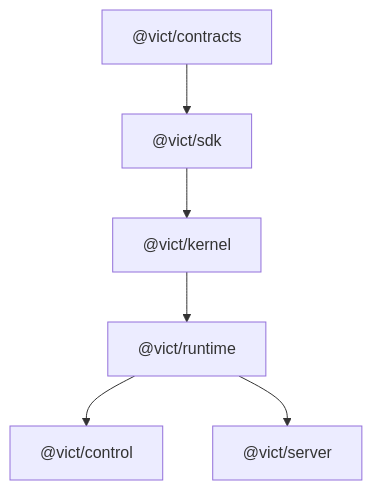
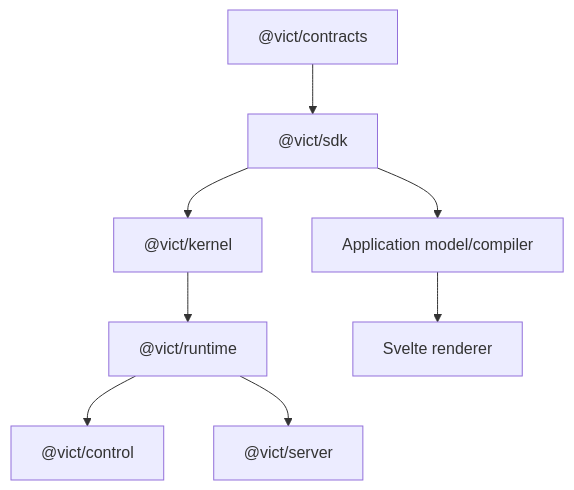
Before and after one commit to radz2291/vict-02: the third of 8 diagrams in docs/VICT-SYSTEM-REFERENCE.md, drawn with Mermaid. The commit also changed other lines of this file and 4 other files, not shown here.

First line of the commit message:
docs(architecture): accept application definition layer

````diff
--- a/docs/VICT-SYSTEM-REFERENCE.md
+++ b/docs/VICT-SYSTEM-REFERENCE.md
@@ -232,8 +268,10 @@
 ```mermaid
 flowchart TB
     CONTRACTS["@vict/contracts"] --> SDK["@vict/sdk"]
     SDK --> KERNEL["@vict/kernel"]
+    SDK --> APPMODEL["Application model/compiler"]
     KERNEL --> RUNTIME["@vict/runtime"]
+    APPMODEL --> RENDERER["Svelte renderer"]
     RUNTIME --> CONTROL["@vict/control"]
     RUNTIME --> SERVER["@vict/server"]
 ```
````
